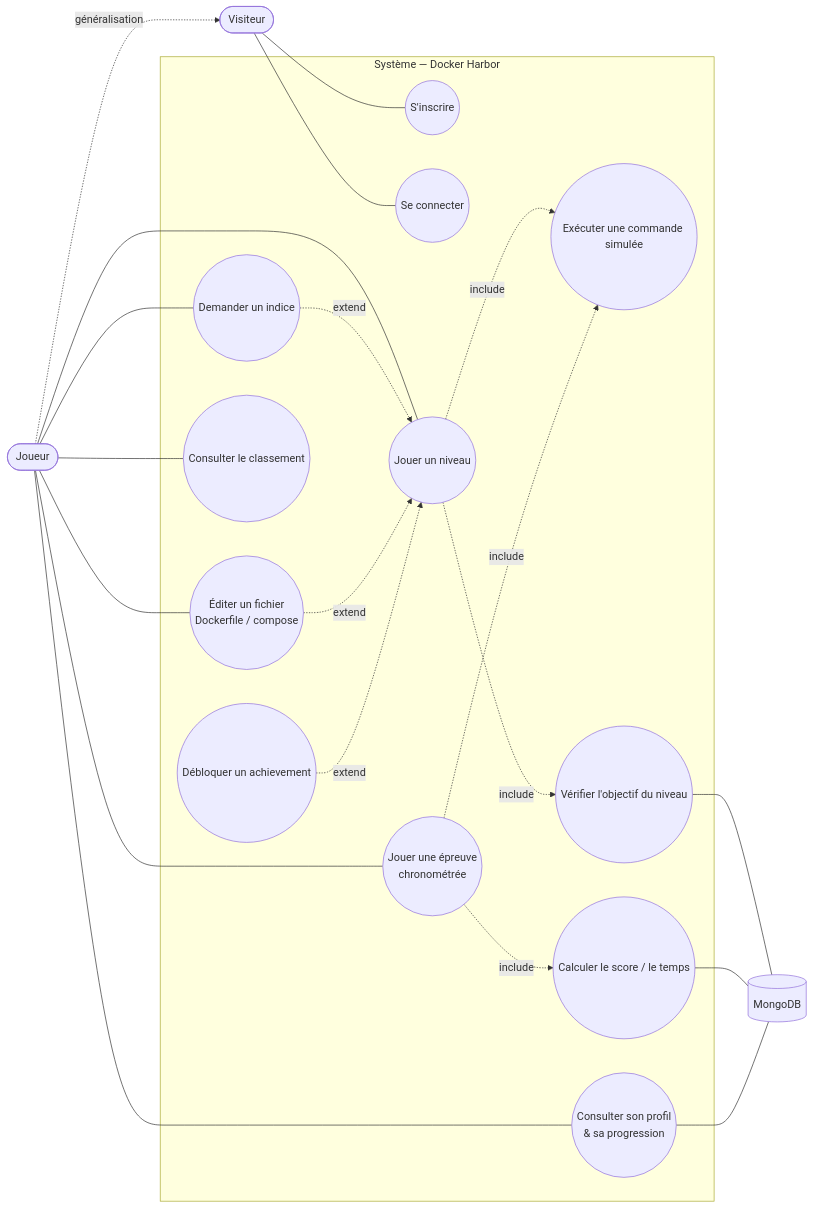
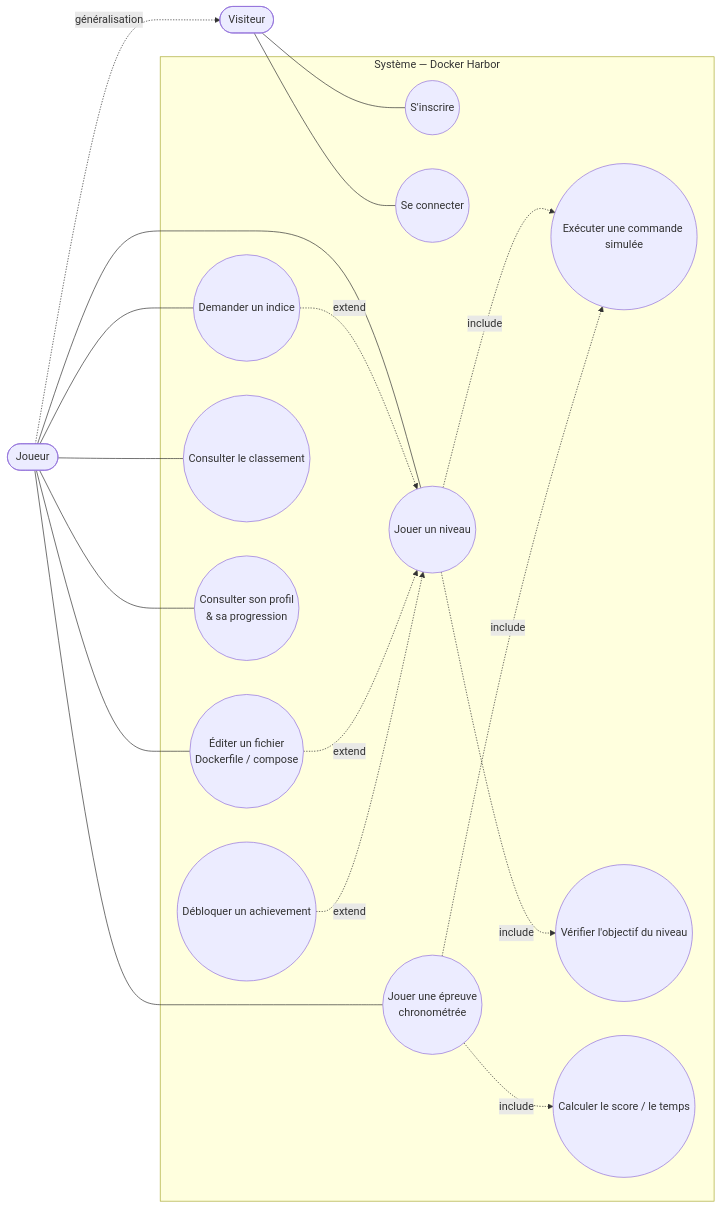
One commit to AndreLiar/coordinationBackFront changed the diagram in docs/modelisation/01-cas-utilisation.md. Above: the diagram before and after it, drawn with Mermaid. The commit also changed other lines of this file and 11 other files, not shown here.

````diff
--- a/docs/modelisation/01-cas-utilisation.md
+++ b/docs/modelisation/01-cas-utilisation.md
@@ -9,51 +12,45 @@
 ```mermaid
 flowchart LR
     Visiteur([Visiteur])
     Joueur([Joueur])
     Joueur -. généralisation .-> Visiteur
 
     subgraph SYS[" Système — Docker Harbor "]
         UC_insc(("S'inscrire"))
         UC_conn(("Se connecter"))
 
         UC_jouer(("Jouer un niveau"))
         UC_cmd(("Exécuter une commande simulée"))
         UC_valid(("Vérifier l'objectif du niveau"))
         UC_indice(("Demander un indice"))
         UC_editer(("Éditer un fichier<br/>Dockerfile / compose"))
 
         UC_epreuve(("Jouer une épreuve<br/>chronométrée"))
         UC_score(("Calculer le score / le temps"))
         UC_classement(("Consulter le classement"))
 
         UC_profil(("Consulter son profil<br/>& sa progression"))
         UC_achiev(("Débloquer un achievement"))
     end
 
-    MongoDB[(MongoDB)]
-
     Visiteur --- UC_insc
     Visiteur --- UC_conn
 
     Joueur --- UC_jouer
     Joueur --- UC_indice
     Joueur --- UC_editer
     Joueur --- UC_epreuve
     Joueur --- UC_classement
     Joueur --- UC_profil
 
     %% include = comportement obligatoire réutilisé
     UC_jouer -. include .-> UC_cmd
     UC_jouer -. include .-> UC_valid
     UC_epreuve -. include .-> UC_cmd
     UC_epreuve -. include .-> UC_score
 
     %% extend = comportement conditionnel / optionnel
     UC_indice -. extend .-> UC_jouer
     UC_editer -. extend .-> UC_jouer
     UC_achiev -. extend .-> UC_jouer
-
-    UC_valid --- MongoDB
-    UC_score --- MongoDB
-    UC_profil --- MongoDB
 ```
````
